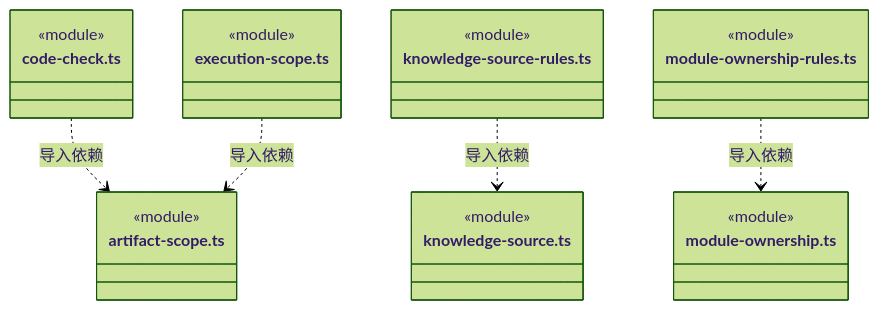
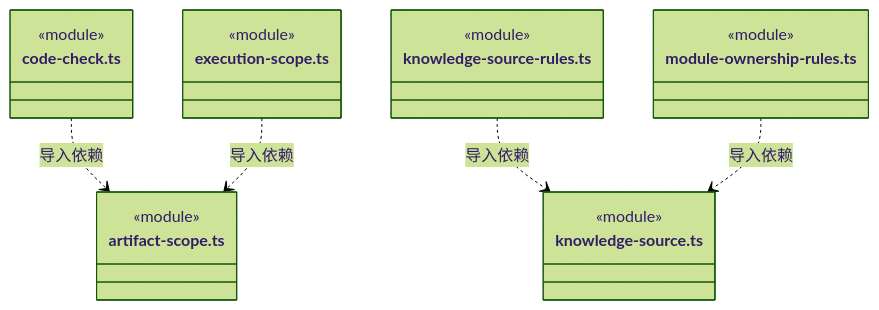
Diagram 37 of 40 in src/logic/workspace/rules/ARCHITECTURE.md (nan023062/cbim), drawn with Mermaid (forest theme) before and after one commit. The commit also changed other lines of this file and 112 other files, not shown here.

Commit message:
docs: align source architecture with current declarations and contracts

````diff
--- a/src/logic/workspace/rules/ARCHITECTURE.md
+++ b/src/logic/workspace/rules/ARCHITECTURE.md
@@ -1007,28 +1007,25 @@
 ```mermaid
 classDiagram
 class N_src_logic_workspace_rules_code_check_ts["code-check.ts"] {
   <<module>>
 }
 class N_src_logic_workspace_rules_artifact_scope_ts["artifact-scope.ts"] {
   <<module>>
 }
 class N_src_logic_workspace_rules_execution_scope_ts["execution-scope.ts"] {
   <<module>>
 }
 class N_src_logic_workspace_rules_knowledge_source_rules_ts["knowledge-source-rules.ts"] {
   <<module>>
 }
 class N_src_logic_workspace_rules_knowledge_source_ts["knowledge-source.ts"] {
   <<module>>
 }
 class N_src_logic_workspace_rules_module_ownership_rules_ts["module-ownership-rules.ts"] {
   <<module>>
 }
-class N_src_logic_workspace_rules_module_ownership_ts["module-ownership.ts"] {
-  <<module>>
-}
 N_src_logic_workspace_rules_code_check_ts ..> N_src_logic_workspace_rules_artifact_scope_ts : 导入依赖
 N_src_logic_workspace_rules_execution_scope_ts ..> N_src_logic_workspace_rules_artifact_scope_ts : 导入依赖
 N_src_logic_workspace_rules_knowledge_source_rules_ts ..> N_src_logic_workspace_rules_knowledge_source_ts : 导入依赖
-N_src_logic_workspace_rules_module_ownership_rules_ts ..> N_src_logic_workspace_rules_module_ownership_ts : 导入依赖
+N_src_logic_workspace_rules_module_ownership_rules_ts ..> N_src_logic_workspace_rules_knowledge_source_ts : 导入依赖
 ```
````
